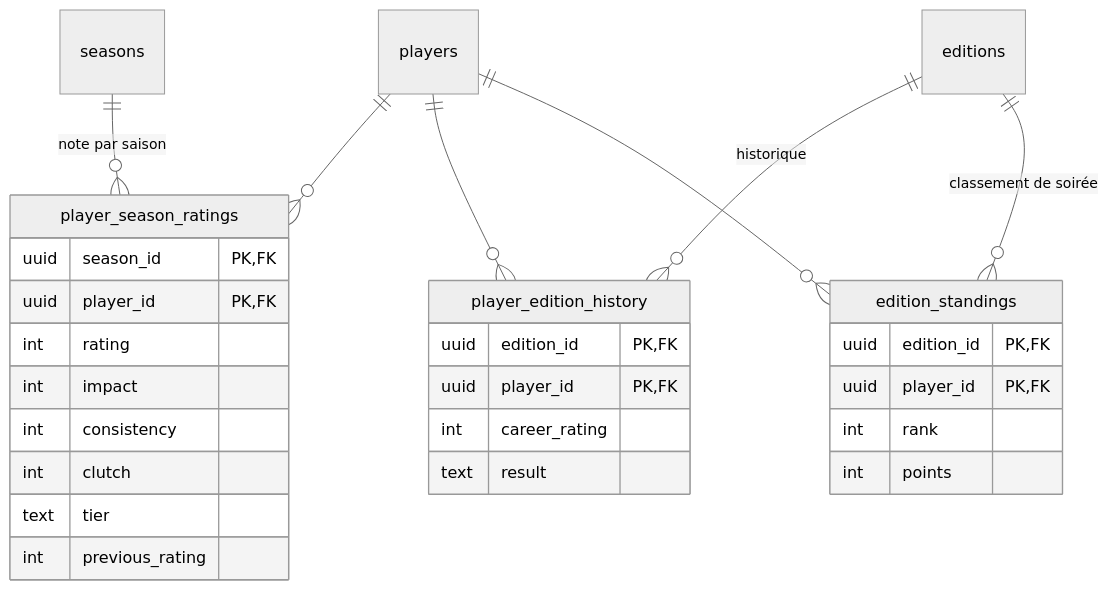
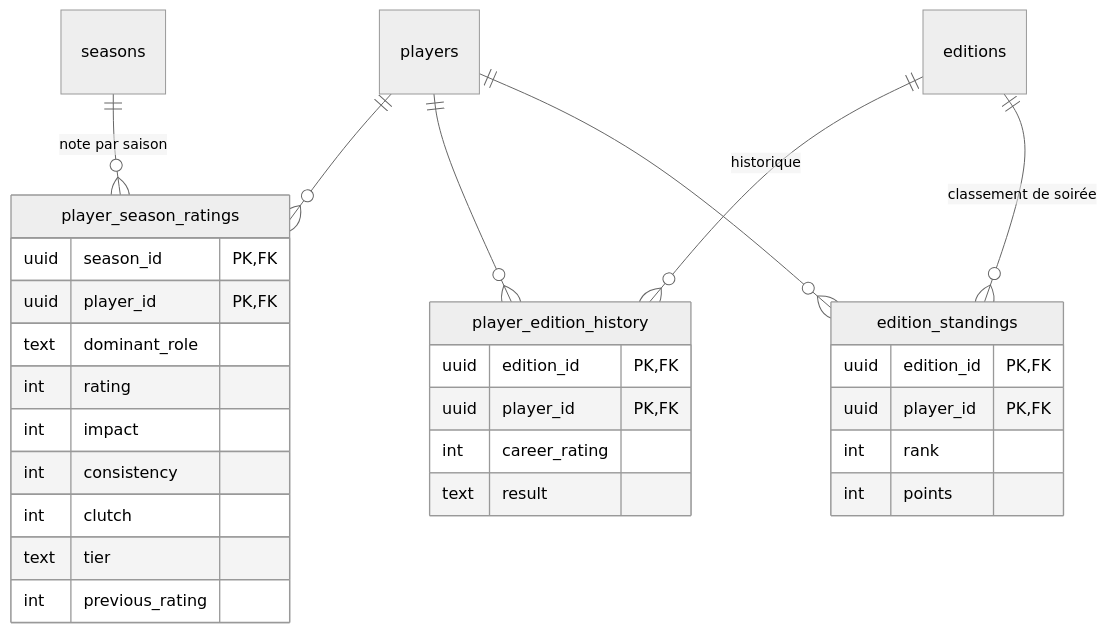
The fourth of 4 diagrams in docs/architecture/data-model.md (Charkx/Arrakard), drawn with Mermaid (neutral theme) before and after one commit. The commit also changed other lines of this file and 3 other files, not shown here.

````diff
--- a/docs/architecture/data-model.md
+++ b/docs/architecture/data-model.md
@@ -267,32 +267,33 @@
 ```mermaid
 erDiagram
   seasons ||--o{ player_season_ratings : "note par saison"
   players ||--o{ player_season_ratings : ""
   editions ||--o{ player_edition_history : "historique"
   players ||--o{ player_edition_history : ""
   editions ||--o{ edition_standings : "classement de soirée"
   players ||--o{ edition_standings : ""
 
   player_season_ratings {
     uuid season_id PK,FK
     uuid player_id PK,FK
+    text dominant_role
     int rating
     int impact
     int consistency
     int clutch
     text tier
     int previous_rating
   }
   player_edition_history {
     uuid edition_id PK,FK
     uuid player_id PK,FK
     int career_rating
     text result
   }
   edition_standings {
     uuid edition_id PK,FK
     uuid player_id PK,FK
     int rank
     int points
   }
 ```
````
